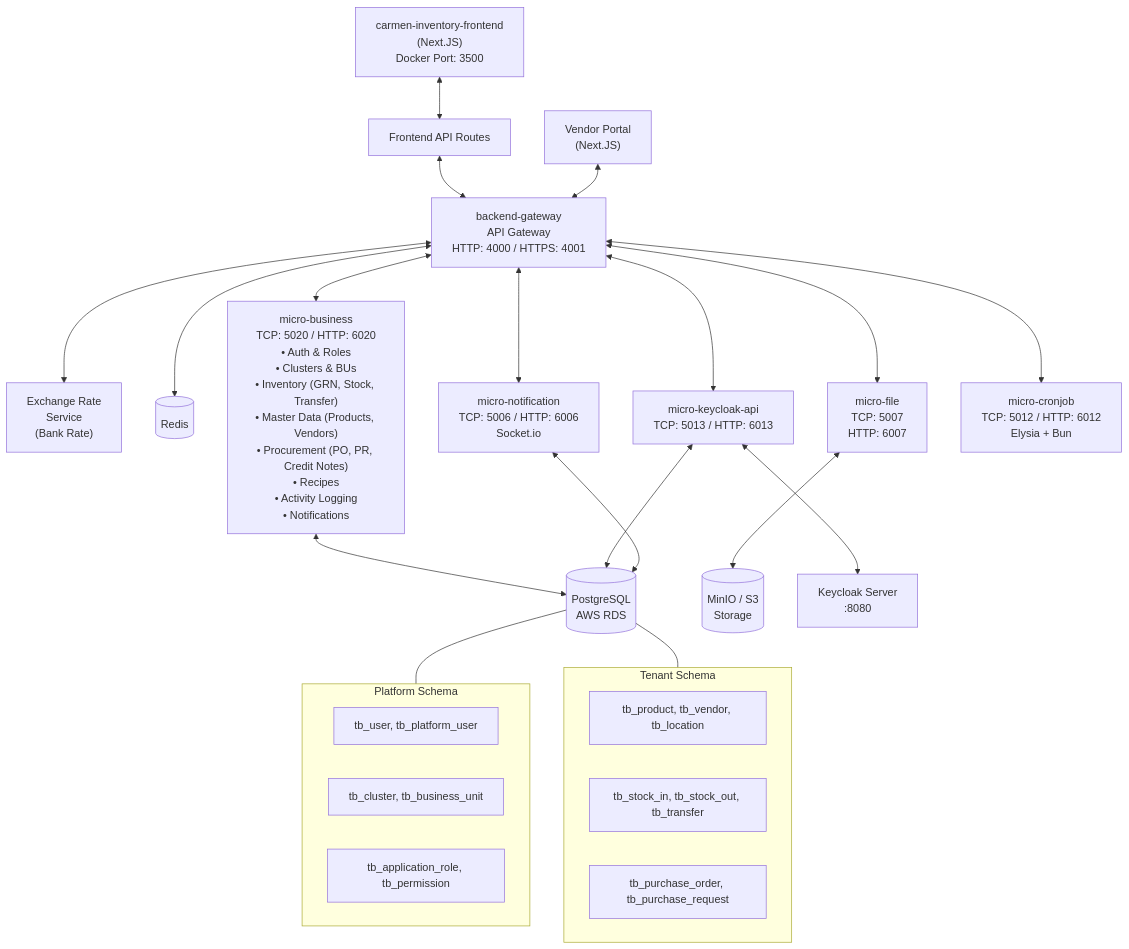
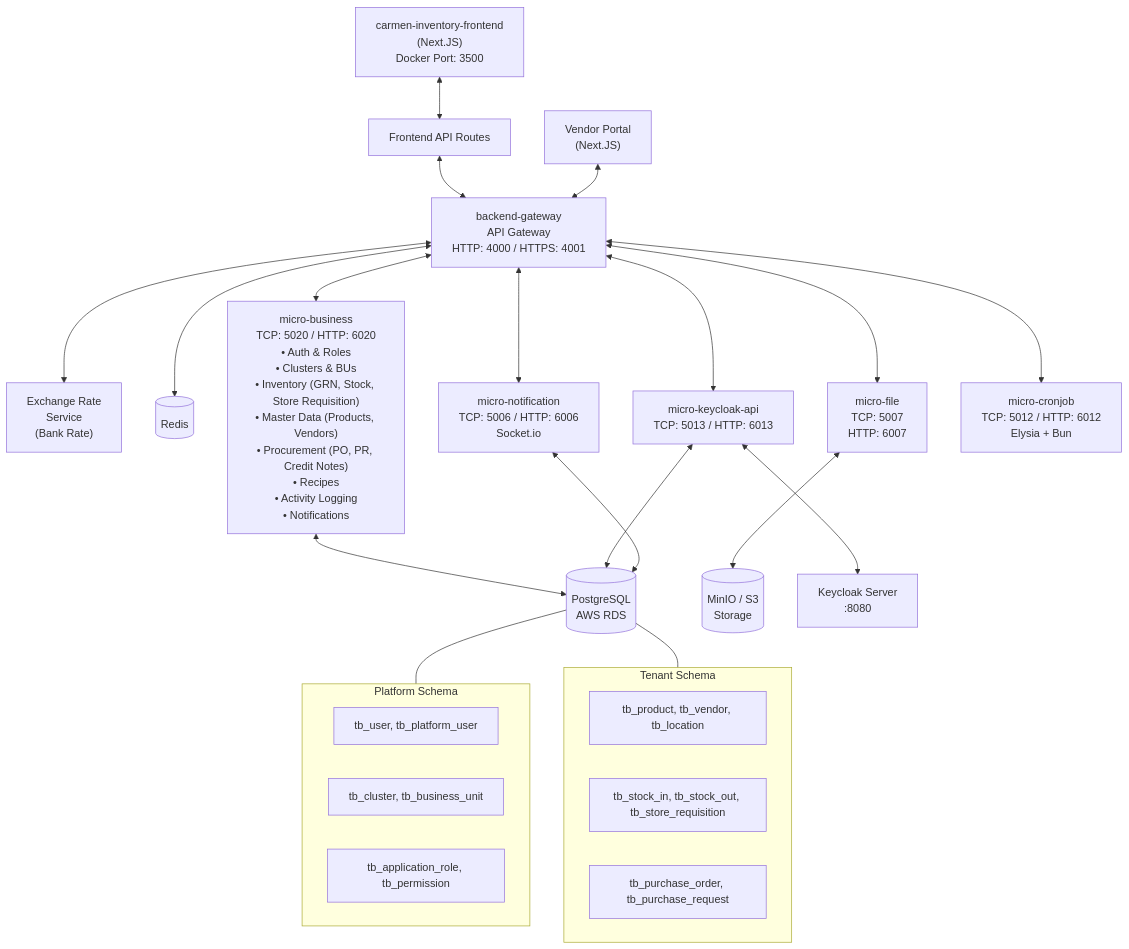
Before and after one commit to CarmenSoftware-organization/carmen-turborepo-backend-v2: the diagram in docs/architecture-system.md, drawn with Mermaid. The commit also changed other lines of this file and 3 other files, not shown here.

````diff
--- a/docs/architecture-system.md
+++ b/docs/architecture-system.md
@@ -264,51 +264,51 @@
 ```mermaid
 
 flowchart TD
 
     FrontEnd["carmen-inventory-frontend\n(Next.JS)\nDocker Port: 3500"]
     FrontEndAPI["Frontend API Routes"]
     BackEnd["backend-gateway\nAPI Gateway\nHTTP: 4000 / HTTPS: 4001"]
     VendorPortal["Vendor Portal\n(Next.JS)"]
     ExchangeRate["Exchange Rate\nService\n(Bank Rate)"]
     Redis[(Redis)]
     PostgreSQL[(PostgreSQL\nAWS RDS)]
     S3Storage[(MinIO / S3\nStorage)]
     FileService["micro-file\nTCP: 5007\nHTTP: 6007"]
-    BusinessService["micro-business\nTCP: 5020 / HTTP: 6020\n• Auth & Roles\n• Clusters & BUs\n• Inventory (GRN, Stock, Transfer)\n• Master Data (Products, Vendors)\n• Procurement (PO, PR, Credit Notes)\n• Recipes\n• Activity Logging\n• Notifications"]
+    BusinessService["micro-business\nTCP: 5020 / HTTP: 6020\n• Auth & Roles\n• Clusters & BUs\n• Inventory (GRN, Stock, Store Requisition)\n• Master Data (Products, Vendors)\n• Procurement (PO, PR, Credit Notes)\n• Recipes\n• Activity Logging\n• Notifications"]
     KeycloakService["micro-keycloak-api\nTCP: 5013 / HTTP: 6013"]
     KeycloakServer["Keycloak Server\n:8080"]
     NotificationService["micro-notification\nTCP: 5006 / HTTP: 6006\nSocket.io"]
     CronjobService["micro-cronjob\nTCP: 5012 / HTTP: 6012\nElysia + Bun"]
 
     FrontEnd <--> FrontEndAPI
     FrontEndAPI <--> BackEnd
     VendorPortal <--> BackEnd
     BackEnd <--> ExchangeRate
     BackEnd <--> Redis
     BackEnd <--> BusinessService
     BackEnd <--> KeycloakService
     BackEnd <--> FileService
     BackEnd <--> NotificationService
     BackEnd <--> CronjobService
     KeycloakService <--> KeycloakServer
 
     BusinessService <--> PostgreSQL
     KeycloakService <--> PostgreSQL
     FileService <--> S3Storage
     NotificationService <--> PostgreSQL
 
     subgraph PlatformDB["Platform Schema"]
         Users["tb_user, tb_platform_user"]
         Clusters["tb_cluster, tb_business_unit"]
         Roles["tb_application_role, tb_permission"]
     end
 
     subgraph TenantDB["Tenant Schema"]
         Products["tb_product, tb_vendor, tb_location"]
-        Inventory["tb_stock_in, tb_stock_out, tb_transfer"]
+        Inventory["tb_stock_in, tb_stock_out, tb_store_requisition"]
         Procurement["tb_purchase_order, tb_purchase_request"]
     end
 
     PostgreSQL --- PlatformDB
     PostgreSQL --- TenantDB
 ```
````
